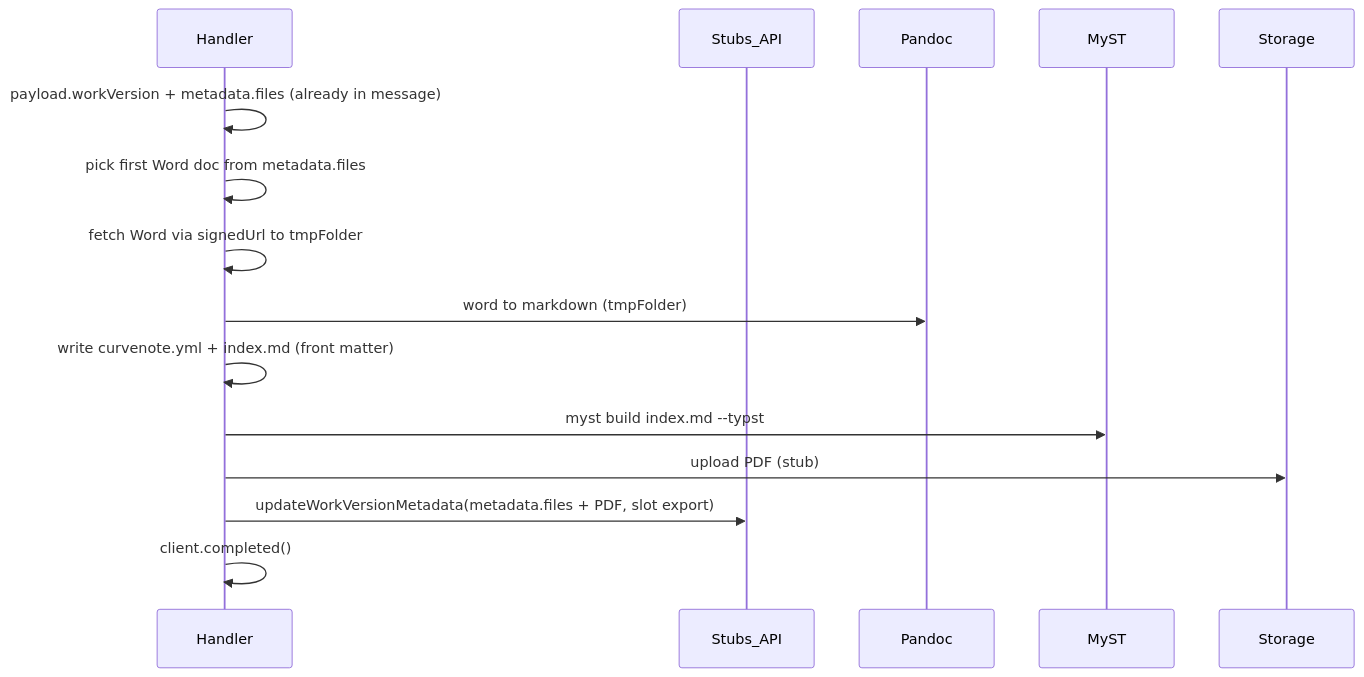
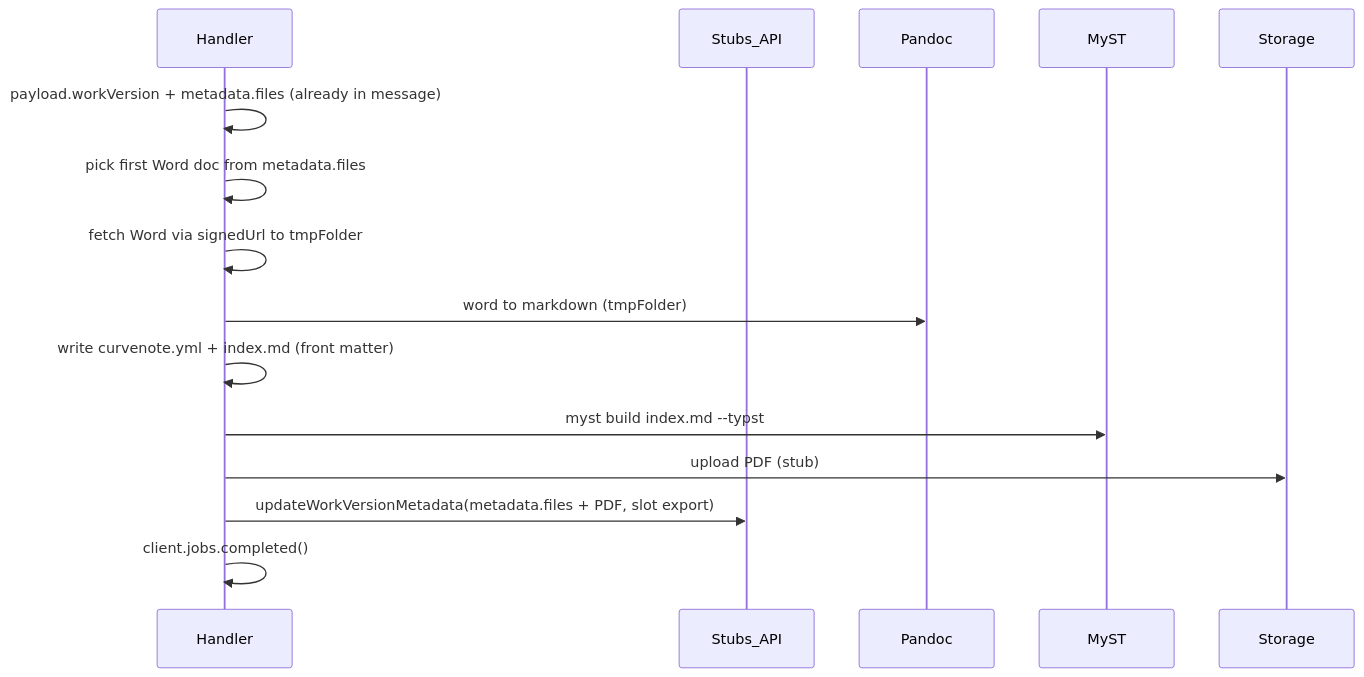
The diagram in packages/task-converter/PLAN.md (curvenote/curvenote), drawn with Mermaid before and after one commit. The commit also changed other lines of this file and 17 other files, not shown here.

````diff
--- a/packages/task-converter/PLAN.md
+++ b/packages/task-converter/PLAN.md
@@ -71,18 +71,18 @@
 ```mermaid
 sequenceDiagram
   participant Handler
   participant Stubs as Stubs_API
   participant Pandoc
   participant MyST
   participant Storage
 
   Handler->>Handler: payload.workVersion + metadata.files (already in message)
   Handler->>Handler: pick first Word doc from metadata.files
   Handler->>Handler: fetch Word via signedUrl to tmpFolder
   Handler->>Pandoc: word to markdown (tmpFolder)
   Handler->>Handler: write curvenote.yml + index.md (front matter)
   Handler->>MyST: myst build index.md --typst
   Handler->>Storage: upload PDF (stub)
   Handler->>Stubs: updateWorkVersionMetadata(metadata.files + PDF, slot export)
-  Handler->>Handler: client.completed()
+  Handler->>Handler: client.jobs.completed()
 ```
````
